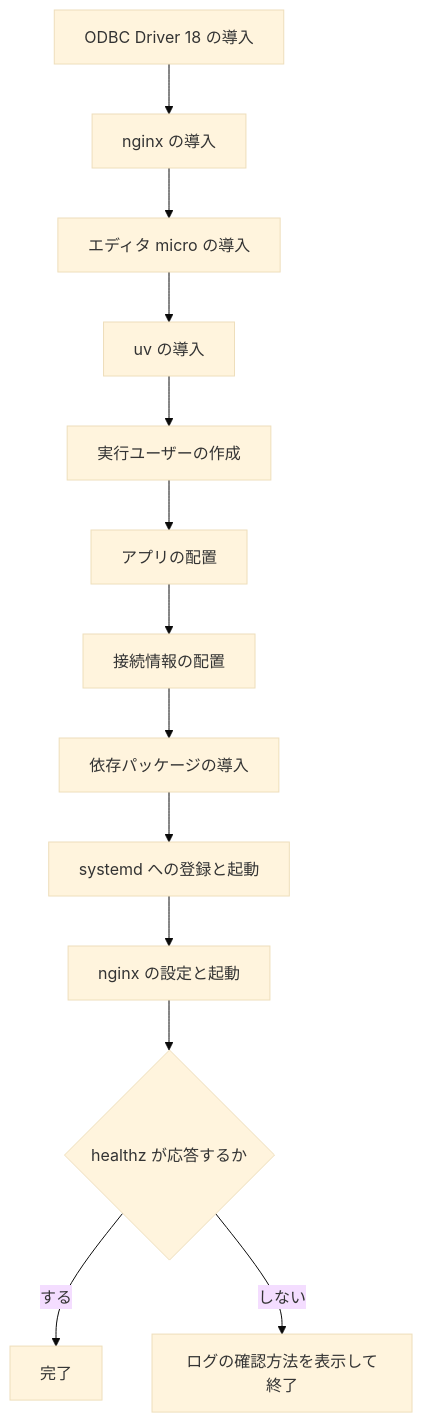
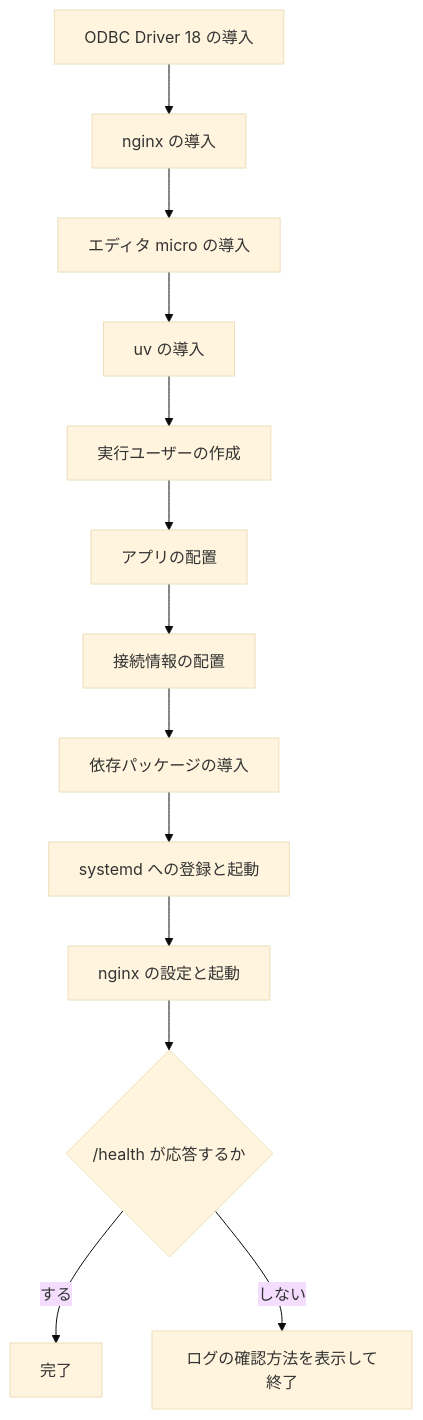
Before and after one commit to m-oka-system/mssql-todo-app: the diagram in deploy/README.md, drawn with Mermaid (base theme). The commit also changed other lines of this file and 9 other files, not shown here.

Commit message:
refactor: ヘルスチェックのパスを /healthz から /health に変えてセットアップスクリプトとドキュメントとラボの手順を揃える

````diff
--- a/deploy/README.md
+++ b/deploy/README.md
@@ -26,15 +26,15 @@
 ```mermaid
 flowchart TD
     A[ODBC Driver 18 の導入] --> B[nginx の導入]
     B --> M[エディタ micro の導入]
     M --> C[uv の導入]
     C --> D[実行ユーザーの作成]
     D --> E[アプリの配置]
     E --> N[接続情報の配置]
     N --> F[依存パッケージの導入]
     F --> G[systemd への登録と起動]
     G --> H[nginx の設定と起動]
-    H --> I{healthz が応答するか}
+    H --> I{"/health が応答するか"}
     I -->|する| J[完了]
     I -->|しない| K[ログの確認方法を表示して終了]
 ```
````
